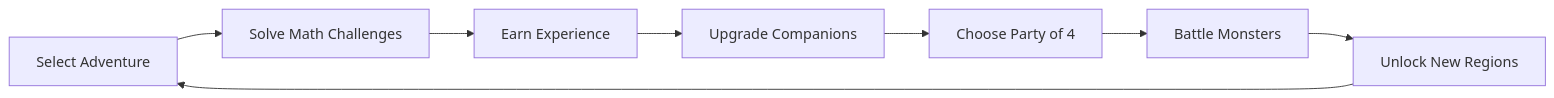
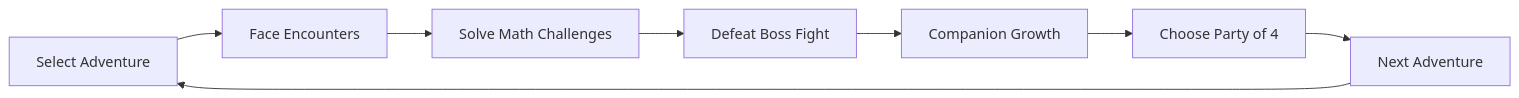
One commit to seyit-ivhed/playtolearn changed the first of 2 diagrams in docs/game-design-document.md. Above: the diagram before and after it, drawn with Mermaid. The commit also changed other lines of this file and 12 other files, not shown here.

````diff
--- a/docs/game-design-document.md
+++ b/docs/game-design-document.md
@@ -23,10 +23,10 @@
 ```mermaid
 graph LR
-    A[Select Adventure] --> B[Solve Math Challenges]
-    B --> C[Earn Experience]
-    C --> D[Upgrade Companions]
-    D --> E[Choose Party of 4]
-    E --> F[Battle Monsters]
-    F --> G[Unlock New Regions]
+    A[Select Adventure] --> B[Face Encounters]
+    B --> C[Solve Math Challenges]
+    C --> D[Defeat Boss Fight]
+    D --> E[Companion Growth]
+    E --> F[Choose Party of 4]
+    F --> G[Next Adventure]
     G --> A
 ```
````
